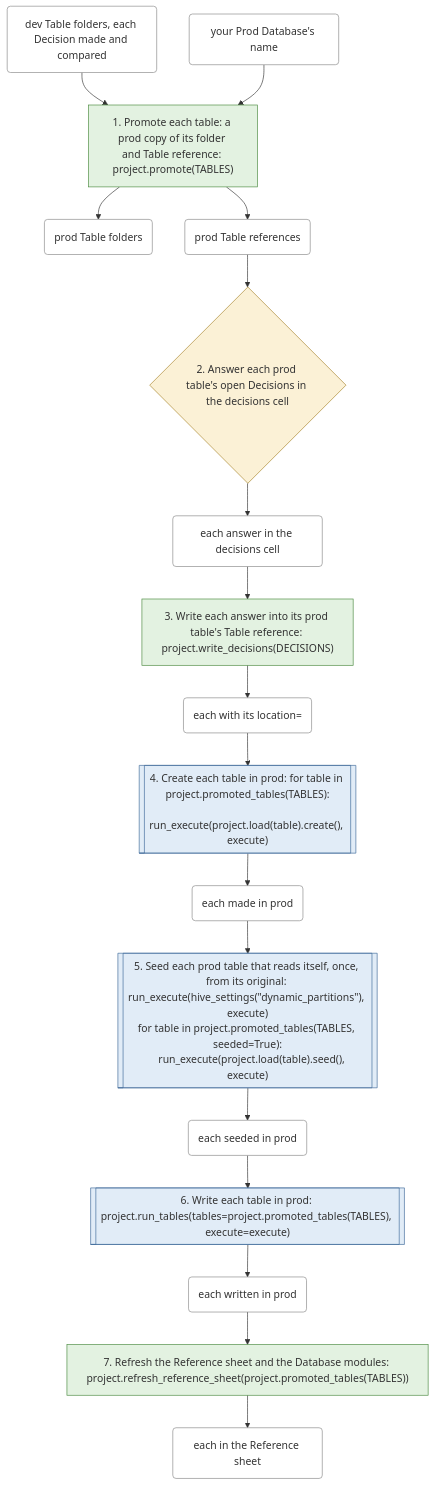
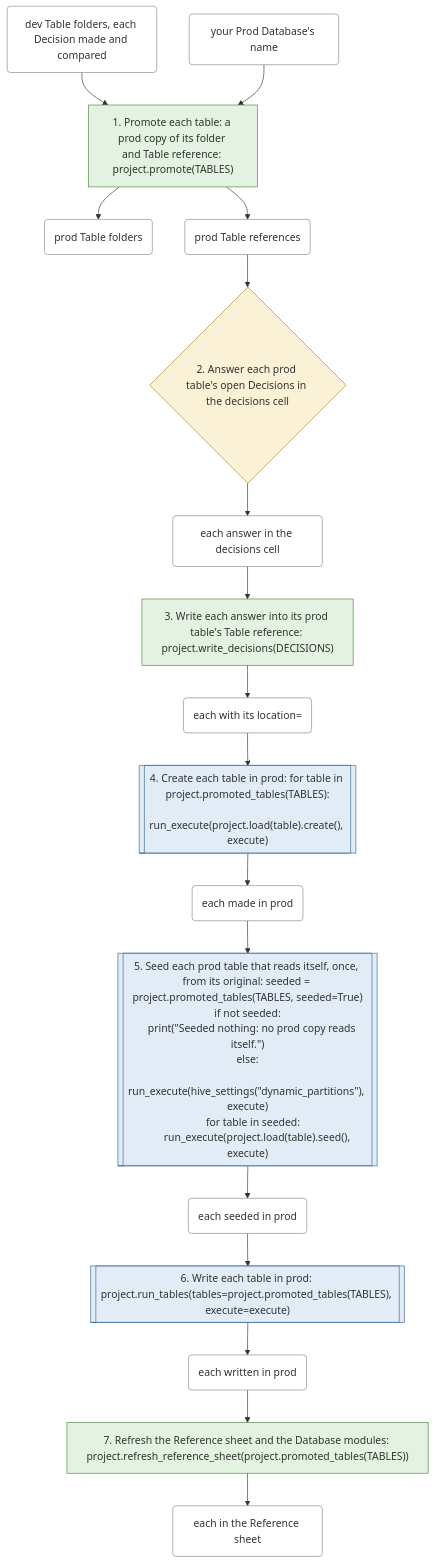
The second of 6 diagrams in docs/workflows.md (EdgyPage/SQL-Composer), drawn with Mermaid before and after one commit. The commit also changed other lines of this file and 24 other files, not shown here.

````diff
--- a/docs/workflows.md
+++ b/docs/workflows.md
@@ -86,43 +90,47 @@
 ```mermaid
 flowchart TD
     s0["1. Promote each table: a prod copy of its folder and Table reference: project.promote(TABLES)"]:::files_only
     s1{"2. Answer each prod table's open Decisions in the decisions cell"}:::your_decision
     s2["3. Write each answer into its prod table's Table reference: project.write_decisions(DECISIONS)"]:::files_only
     s3[["4. Create each table in prod: for table in project.promoted_tables(TABLES):
     run_execute(project.load(table).create(), execute)"]]:::warehouse_call
-    s4[["5. Seed each prod table that reads itself, once, from its original: run_execute(hive_settings(#quot;dynamic_partitions#quot;), execute)
-for table in project.promoted_tables(TABLES, seeded=True):
-    run_execute(project.load(table).seed(), execute)"]]:::warehouse_call
+    s4[["5. Seed each prod table that reads itself, once, from its original: seeded = project.promoted_tables(TABLES, seeded=True)
+if not seeded:
+    print(#quot;Seeded nothing: no prod copy reads itself.#quot;)
+else:
+    run_execute(hive_settings(#quot;dynamic_partitions#quot;), execute)
+    for table in seeded:
+        run_execute(project.load(table).seed(), execute)"]]:::warehouse_call
     s5[["6. Write each table in prod: project.run_tables(tables=project.promoted_tables(TABLES), execute=execute)"]]:::warehouse_call
     s6["7. Refresh the Reference sheet and the Database modules: project.refresh_reference_sheet(project.promoted_tables(TABLES))"]:::files_only
     t0("dev Table folders, each Decision made and compared"):::thing
     t1("your Prod Database's name"):::thing
     t2("prod Table folders"):::thing
     t3("prod Table references"):::thing
     t4("each answer in the decisions cell"):::thing
     t5("each with its location="):::thing
     t6("each made in prod"):::thing
     t7("each seeded in prod"):::thing
     t8("each written in prod"):::thing
     t9("each in the Reference sheet"):::thing
     t0 --> s0
     t1 --> s0
     s0 --> t2
     s0 --> t3
     t3 --> s1
     s1 --> t4
     t4 --> s2
     s2 --> t5
     t5 --> s3
     s3 --> t6
     t6 --> s4
     s4 --> t7
     t7 --> s5
     s5 --> t8
     t8 --> s6
     s6 --> t9
     classDef files_only fill:#e3f2e1,stroke:#4a8a3f
     classDef warehouse_call fill:#e1ecf7,stroke:#3f6a9a
     classDef your_decision fill:#fbf1d6,stroke:#a8842a
     classDef thing fill:#ffffff,stroke:#888888
 ```
````
